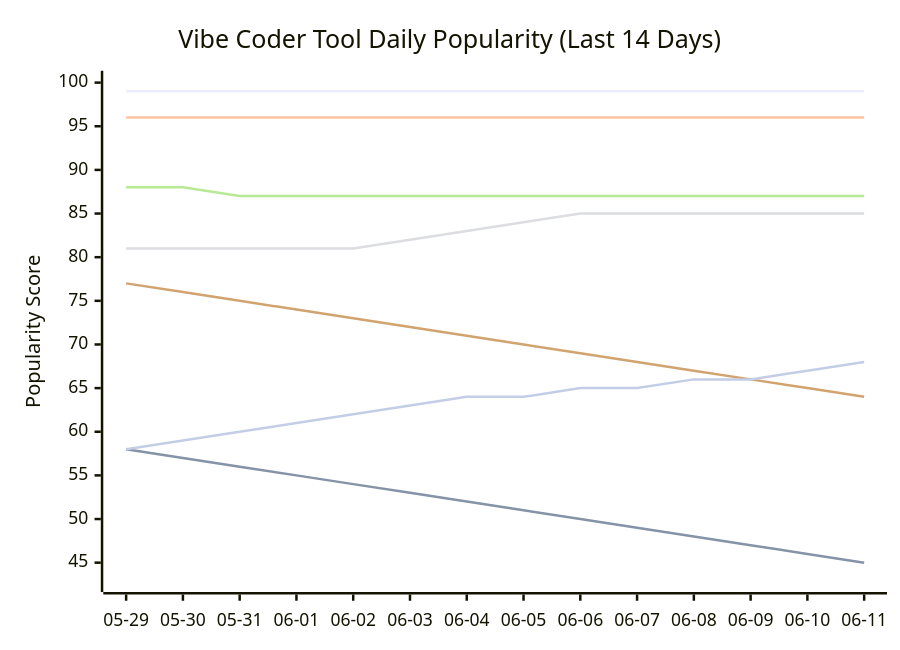
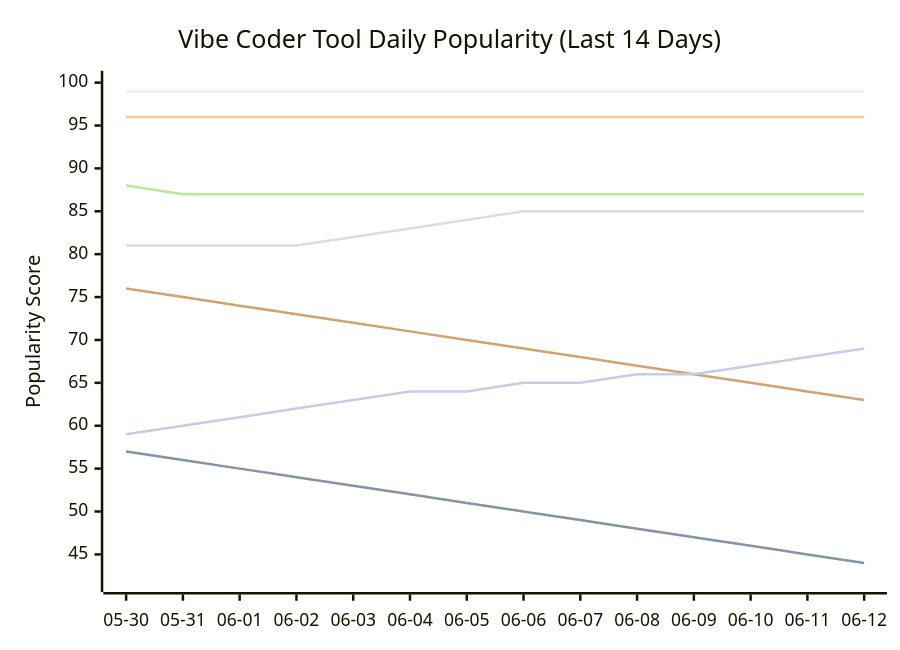
One commit to tykimos/ai-whatchelin changed the seventh of 11 diagrams in README.md. Above: the diagram before and after it, drawn with Mermaid. The commit also changed other lines of this file and 4 other files, not shown here.

````diff
--- a/README.md
+++ b/README.md
@@ -1518,13 +1524,13 @@
 ```mermaid
 xychart-beta
     title "Vibe Coder Tool Daily Popularity (Last 14 Days)"
-    x-axis ["05-29", "05-30", "05-31", "06-01", "06-02", "06-03", "06-04", "06-05", "06-06", "06-07", "06-08", "06-09", "06-10", "06-11"]
-    y-axis "Popularity Score" 43 --> 100
+    x-axis ["05-30", "05-31", "06-01", "06-02", "06-03", "06-04", "06-05", "06-06", "06-07", "06-08", "06-09", "06-10", "06-11", "06-12"]
+    y-axis "Popularity Score" 42 --> 100
     line "Claude Code" [99, 99, 99, 99, 99, 99, 99, 99, 99, 99, 99, 99, 99, 99]
-    line "GH Copilot" [58, 57, 56, 55, 54, 53, 52, 51, 50, 49, 48, 47, 46, 45]
+    line "GH Copilot" [57, 56, 55, 54, 53, 52, 51, 50, 49, 48, 47, 46, 45, 44]
     line "Cursor" [96, 96, 96, 96, 96, 96, 96, 96, 96, 96, 96, 96, 96, 96]
-    line "Windsurf" [81, 81, 81, 81, 81, 82, 83, 84, 85, 85, 85, 85, 85, 85]
-    line "Codex CLI" [88, 88, 87, 87, 87, 87, 87, 87, 87, 87, 87, 87, 87, 87]
-    line "Gemini CLI" [77, 76, 75, 74, 73, 72, 71, 70, 69, 68, 67, 66, 65, 64]
-    line "Antigravity" [58, 59, 60, 61, 62, 63, 64, 64, 65, 65, 66, 66, 67, 68]
+    line "Windsurf" [81, 81, 81, 81, 82, 83, 84, 85, 85, 85, 85, 85, 85, 85]
+    line "Codex CLI" [88, 87, 87, 87, 87, 87, 87, 87, 87, 87, 87, 87, 87, 87]
+    line "Gemini CLI" [76, 75, 74, 73, 72, 71, 70, 69, 68, 67, 66, 65, 64, 63]
+    line "Antigravity" [59, 60, 61, 62, 63, 64, 64, 65, 65, 66, 66, 67, 68, 69]
 ```
````
